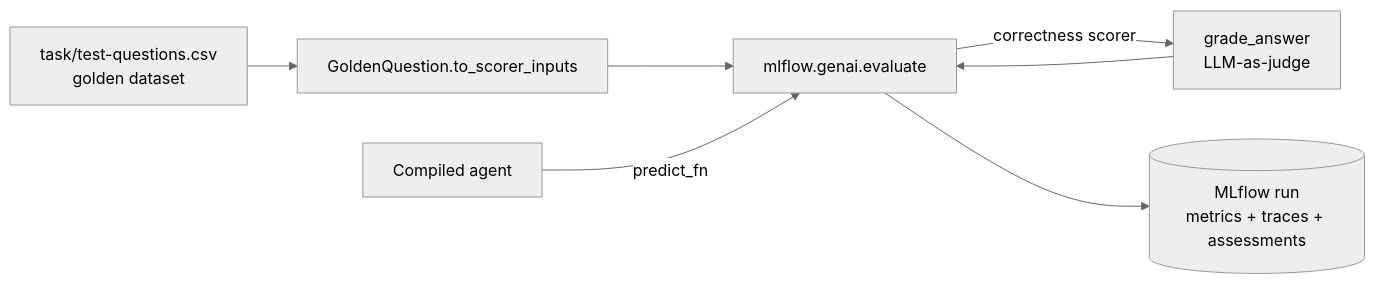
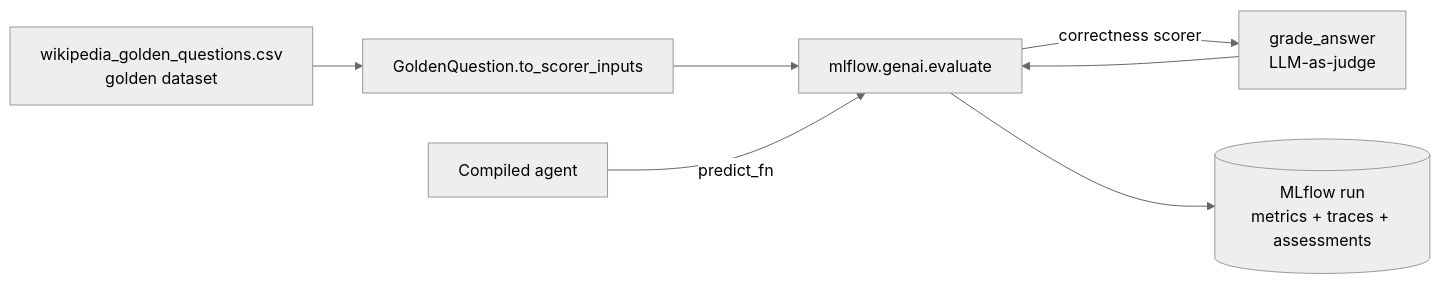
One commit to fxschmitt/guitar-assistant changed the fourth of 4 diagrams in docs/architecture.md. Above: the diagram before and after it, drawn with Mermaid (neutral theme). The commit also changed other lines of this file and 25 other files, not shown here.

````diff
--- a/docs/architecture.md
+++ b/docs/architecture.md
@@ -237,9 +207,9 @@
 ```mermaid
 flowchart LR
-    CSV[task/test-questions.csv<br/>golden dataset] --> GQ[GoldenQuestion.to_scorer_inputs]
+    CSV[wikipedia_golden_questions.csv<br/>golden dataset] --> GQ[GoldenQuestion.to_scorer_inputs]
     GQ --> EVAL[mlflow.genai.evaluate]
     AGENT[Compiled agent] -->|predict_fn| EVAL
     EVAL -->|correctness scorer| JUDGE[grade_answer<br/>LLM-as-judge]
     JUDGE --> EVAL
     EVAL --> RUN[(MLflow run<br/>metrics + traces + assessments)]
 ```
````
